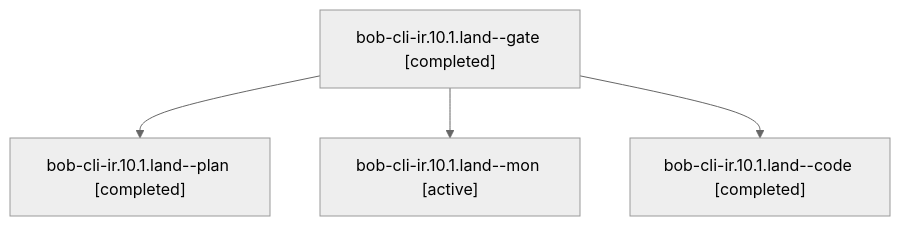
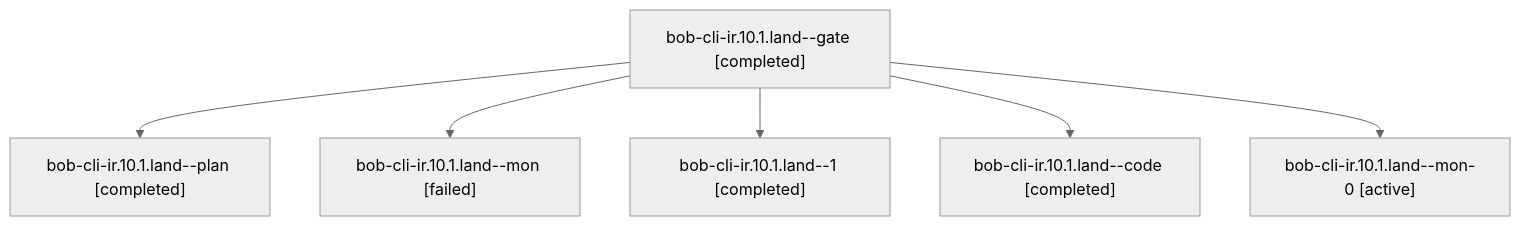
The diagram in sessions/bbugyi200.athena.bob-cli-ir.10.1.land.md (bobs-org/bob-cli--agents), drawn with Mermaid (neutral theme) before and after one commit. The commit also changed other lines of this file and 101 other files, not shown here.

````diff
--- a/sessions/bbugyi200.athena.bob-cli-ir.10.1.land.md
+++ b/sessions/bbugyi200.athena.bob-cli-ir.10.1.land.md
@@ -9,10 +9,14 @@
 ```mermaid
 flowchart TD
   n0["bob-cli-ir.10.1.land--gate [completed]"]
   n1["bob-cli-ir.10.1.land--plan [completed]"]
   n0 --> n1
-  n2["bob-cli-ir.10.1.land--mon [active]"]
+  n2["bob-cli-ir.10.1.land--mon [failed]"]
   n0 --> n2
-  n3["bob-cli-ir.10.1.land--code [completed]"]
+  n3["bob-cli-ir.10.1.land--1 [completed]"]
   n0 --> n3
+  n4["bob-cli-ir.10.1.land--code [completed]"]
+  n0 --> n4
+  n5["bob-cli-ir.10.1.land--mon-0 [active]"]
+  n0 --> n5
 ```
````
